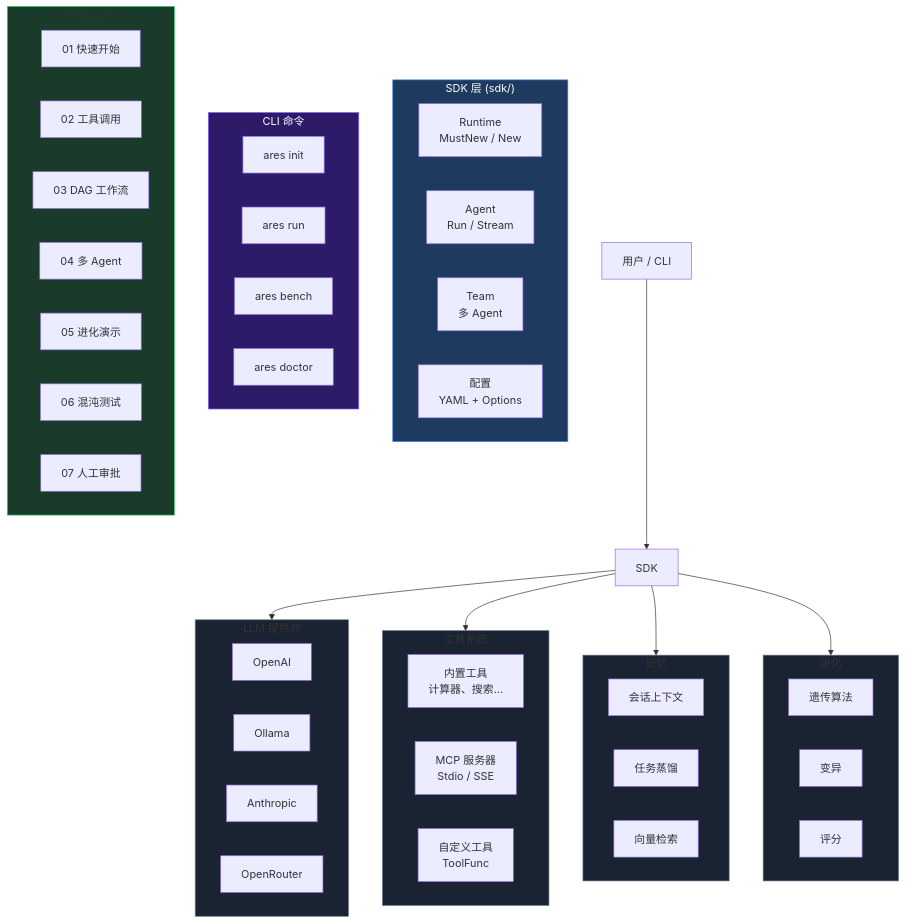
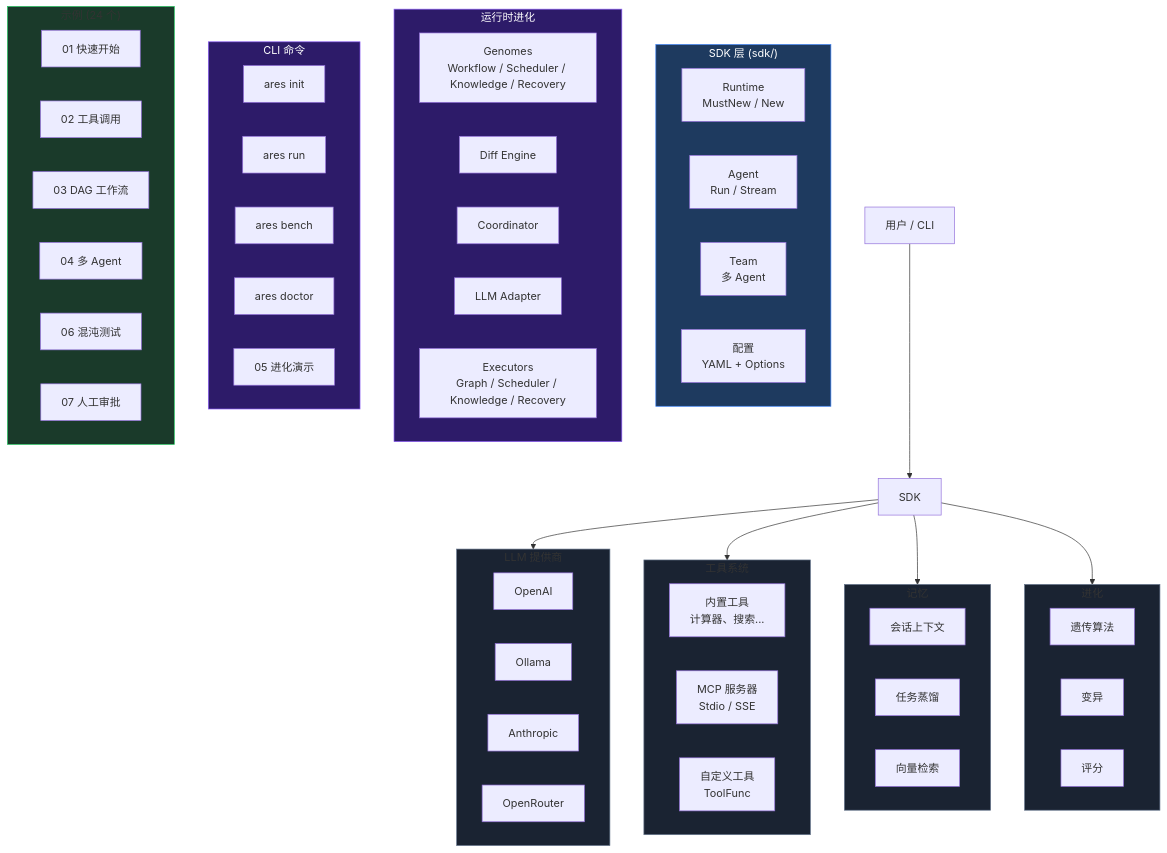
Before and after one commit to Timwood0x10/ARES: the diagram in README_CN.md, drawn with Mermaid. The commit also changed other lines of this file and 14 other files, not shown here.

Commit message:
feat: add runtime evolution system with genome/diff/coordinator

````diff
--- a/README_CN.md
+++ b/README_CN.md
@@ -109,66 +113,76 @@
 ```mermaid
 graph TB
     User["用户 / CLI"] --> SDK
 
     subgraph sdk ["SDK 层 (sdk/)"]
         RT["Runtime<br/>MustNew / New"]
         A["Agent<br/>Run / Stream"]
         T["Team<br/>多 Agent"]
         CFG["配置<br/>YAML + Options"]
     end
 
     SDK --> LLM
     SDK --> Tools
     SDK --> Memory
     SDK --> Evo
 
     subgraph LLM ["LLM 提供商"]
         OAI["OpenAI"]
         OLL["Ollama"]
         ANTH["Anthropic"]
         OR["OpenRouter"]
     end
 
     subgraph Tools ["工具系统"]
         BT["内置工具<br/>计算器、搜索..."]
         MCP["MCP 服务器<br/>Stdio / SSE"]
         CT["自定义工具<br/>ToolFunc"]
     end
 
     subgraph Memory ["记忆"]
         SES["会话上下文"]
         DIST["任务蒸馏"]
         VEC["向量检索"]
     end
 
     subgraph Evo ["进化"]
         GA["遗传算法"]
         MUT["变异"]
         SCORE["评分"]
     end
 
+    subgraph RuntimeEvo ["运行时进化"]
+        GENOME["Genomes<br/>Workflow / Scheduler / Knowledge / Recovery"]
+        DIFF["Diff Engine"]
+        COORD["Coordinator"]
+        LLM_ADAPT["LLM Adapter"]
+        EXEC["Executors<br/>Graph / Scheduler / Knowledge / Recovery"]
+    end
+
     subgraph CLI ["CLI 命令"]
         INIT["ares init"]
         RUN["ares run"]
         BENCH["ares bench"]
         DOCTOR["ares doctor"]
+        EVO["ares evolution"]
     end
 
     subgraph EX ["示例 (24 个)"]
         QS["01 快速开始"]
         TC["02 工具调用"]
         DAG["03 DAG 工作流"]
         MA["04 多 Agent"]
         EVO["05 进化演示"]
         CHAOS["06 混沌测试"]
         HIL["07 人工审批"]
     end
 
     style sdk fill:#1e3a5f,stroke:#3b82f6,color:#fff
     style LLM fill:#1a2332,stroke:#64748b
     style Tools fill:#1a2332,stroke:#64748b
     style Memory fill:#1a2332,stroke:#64748b
     style Evo fill:#1a2332,stroke:#64748b
+    style RuntimeEvo fill:#2d1b69,stroke:#8b5cf6,color:#fff
     style CLI fill:#2d1b69,stroke:#8b5cf6,color:#fff
     style EX fill:#1a3a2a,stroke:#22c55e
 ```
````
